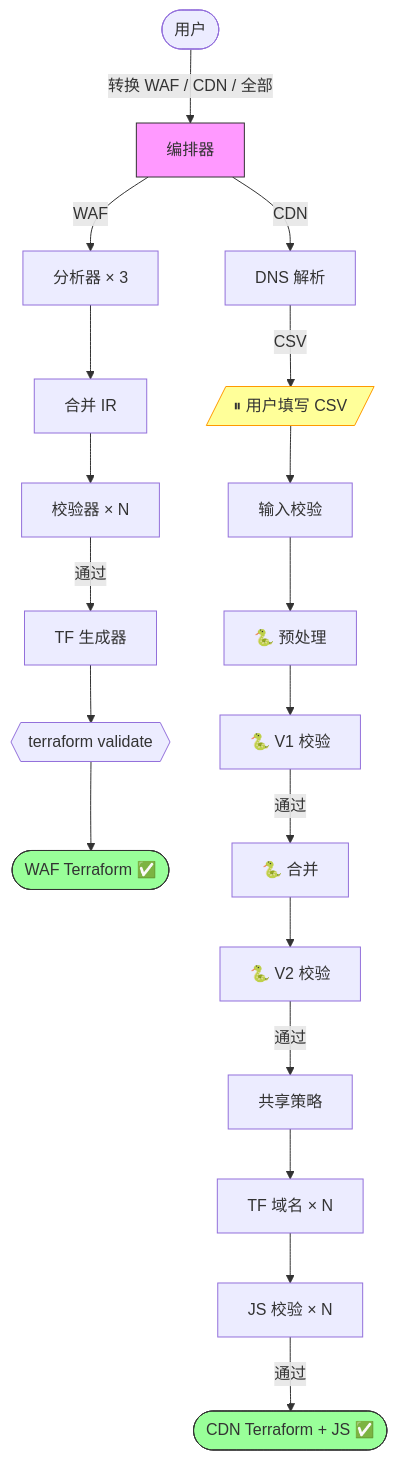
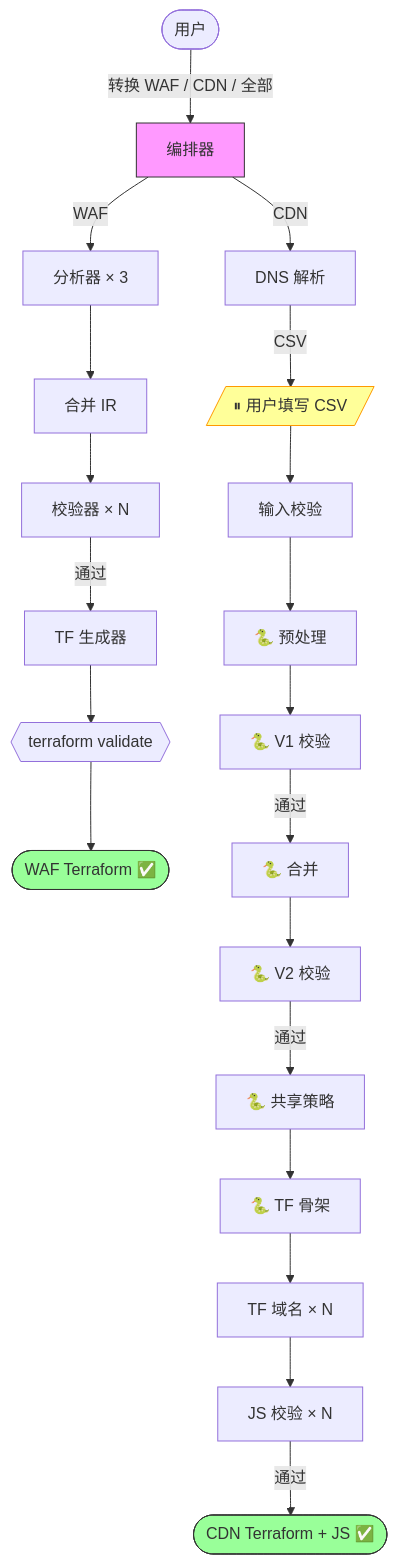
One commit to chenghit/cloudflare-aws-edge-config-converter changed the diagram in README_CN.md. Above: the diagram before and after it, drawn with Mermaid. The commit also changed other lines of this file and 8 other files, not shown here.

````diff
--- a/README_CN.md
+++ b/README_CN.md
@@ -78,22 +78,23 @@
 ```mermaid
 flowchart TD
     User([用户]) -->|"转换 WAF / CDN / 全部"| Main["编排器"]
 
     Main -->|WAF| WAF_A["分析器 × 3"] --> WAF_M["合并 IR"] --> WAF_V["校验器 × N"] -->|通过| WAF_G["TF 生成器"] --> WAF_T{{"terraform validate"}} --> WAF_Done([WAF Terraform ✅])
 
     Main -->|CDN| CDN1["DNS 解析"] -->|CSV| Pause[/"⏸ 用户填写 CSV"/]
     Pause --> CDN2["输入校验"]
     CDN2 --> CDN3["🐍 预处理"]
     CDN3 --> CDN4["🐍 V1 校验"]
     CDN4 -->|通过| CDN5["🐍 合并"]
     CDN5 --> CDN6["🐍 V2 校验"]
-    CDN6 -->|通过| CDN7["共享策略"]
-    CDN7 --> CDN8["TF 域名 × N"]
+    CDN6 -->|通过| CDN7["🐍 共享策略"]
+    CDN7 --> CDN75["🐍 TF 骨架"]
+    CDN75 --> CDN8["TF 域名 × N"]
     CDN8 --> CDN9["JS 校验 × N"]
     CDN9 -->|通过| CDN_Done([CDN Terraform + JS ✅])
 
     style Main fill:#f9f,stroke:#333
     style Pause fill:#ff9,stroke:#f90
     style WAF_Done fill:#9f9,stroke:#333
     style CDN_Done fill:#9f9,stroke:#333
 ```
````
